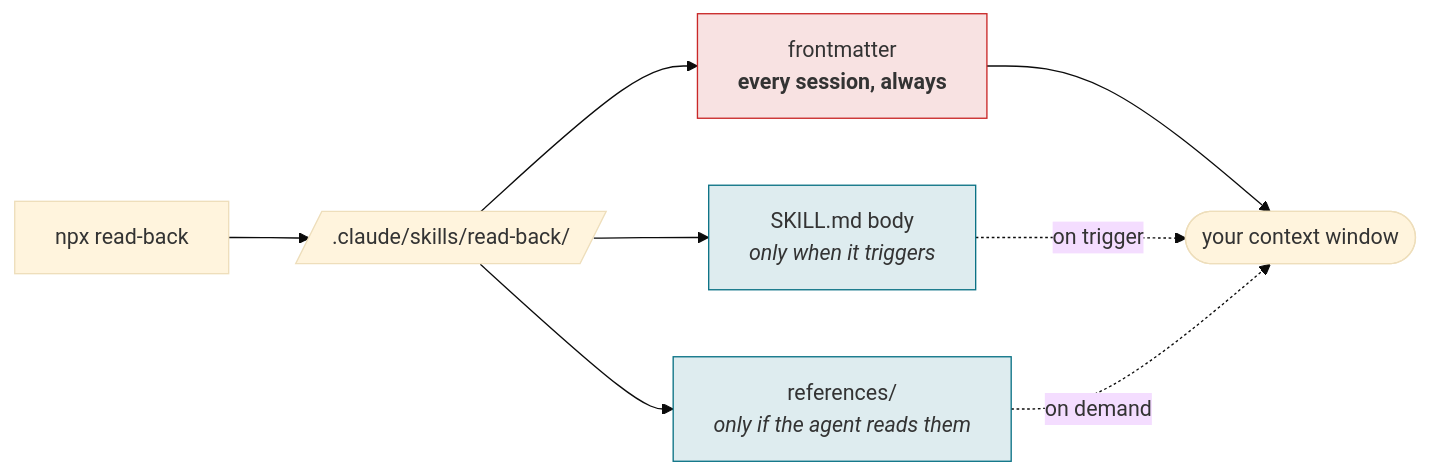
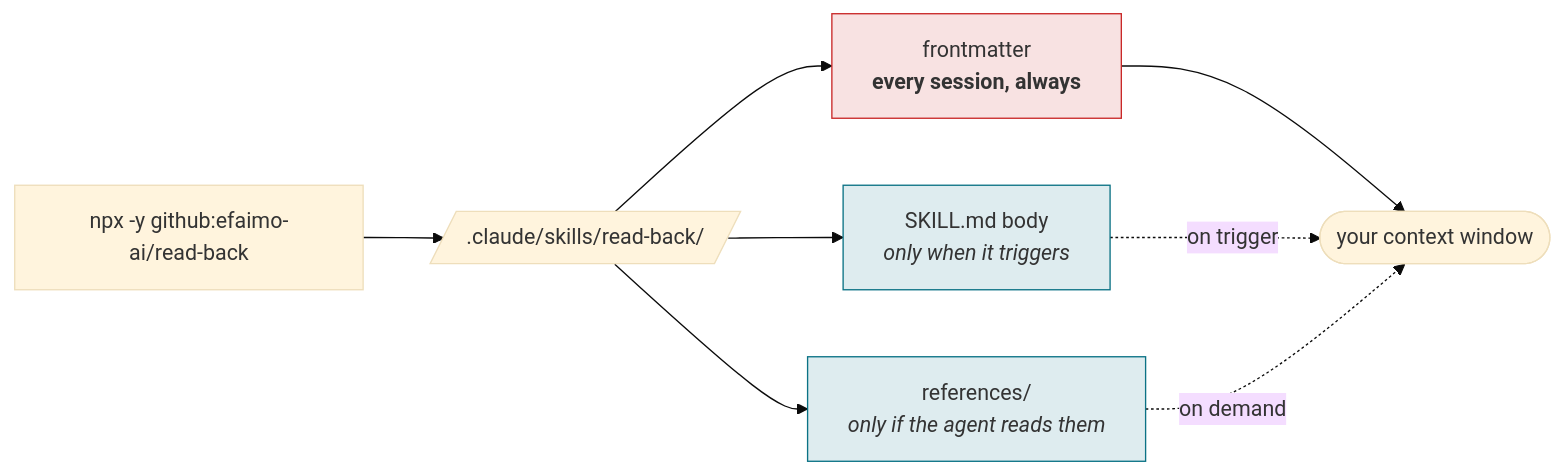
One commit to efaimo-ai/read-back changed the second of 3 diagrams in README.md. Above: the diagram before and after it, drawn with Mermaid (base theme). The commit also changed other lines of this file and 1 other file, not shown here.

````diff
--- a/README.md
+++ b/README.md
@@ -118,14 +129,14 @@
 ```mermaid
 flowchart LR
-    N["npx read-back"] --> D[/".claude/skills/read-back/"/]
+    N["npx -y github:efaimo-ai/read-back"] --> D[/".claude/skills/read-back/"/]
     D --> M["frontmatter<br/><b>every session, always</b>"]
     D --> B["SKILL.md body<br/><i>only when it triggers</i>"]
     D --> R["references/<br/><i>only if the agent reads them</i>"]
     M --> S(["your context window"])
     B -.->|"on trigger"| S
     R -.->|"on demand"| S
     classDef always fill:#c9282822,stroke:#c92828,stroke-width:1px;
     classDef lazy fill:#0b728522,stroke:#0b7285,stroke-width:1px;
     class M always;
     class B,R lazy;
 ```
````
